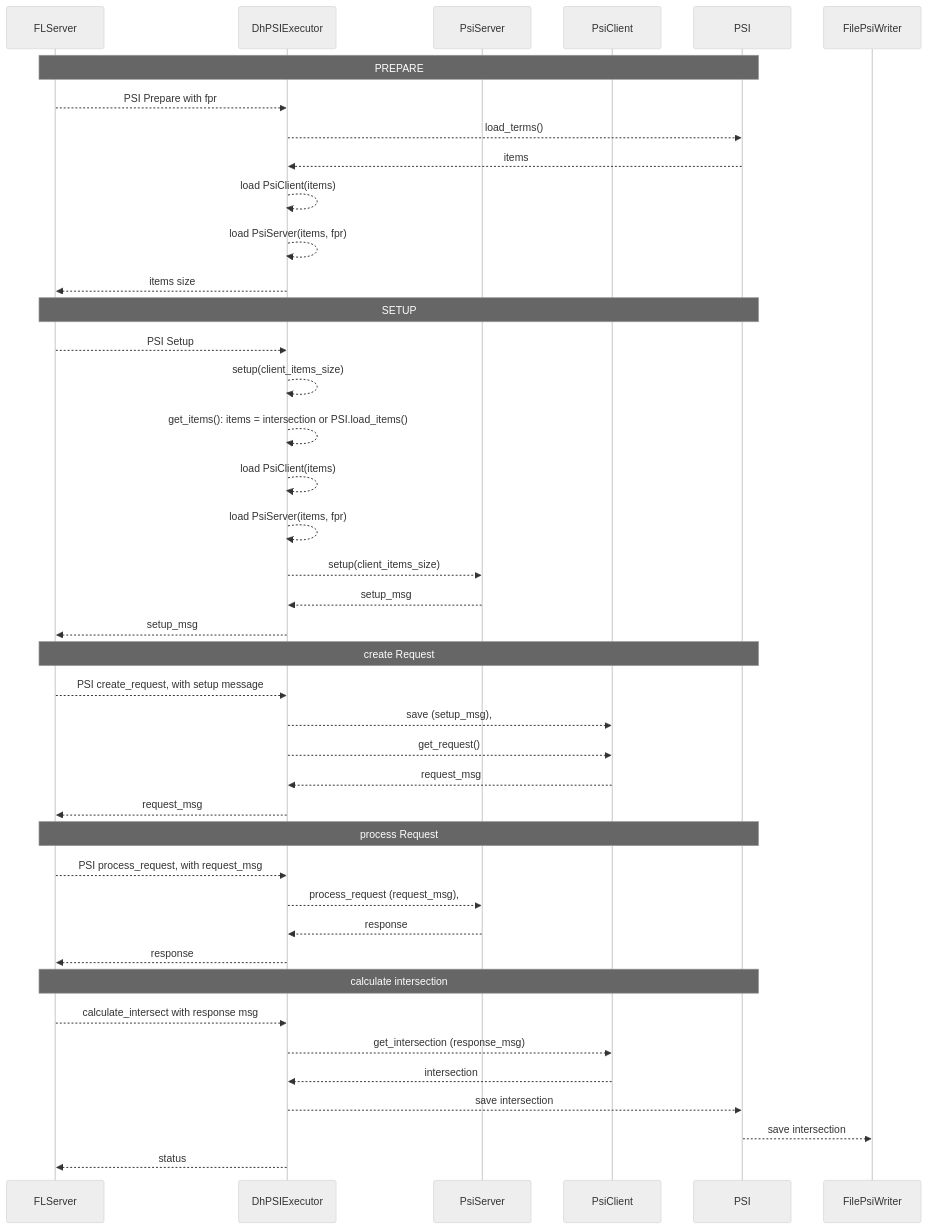
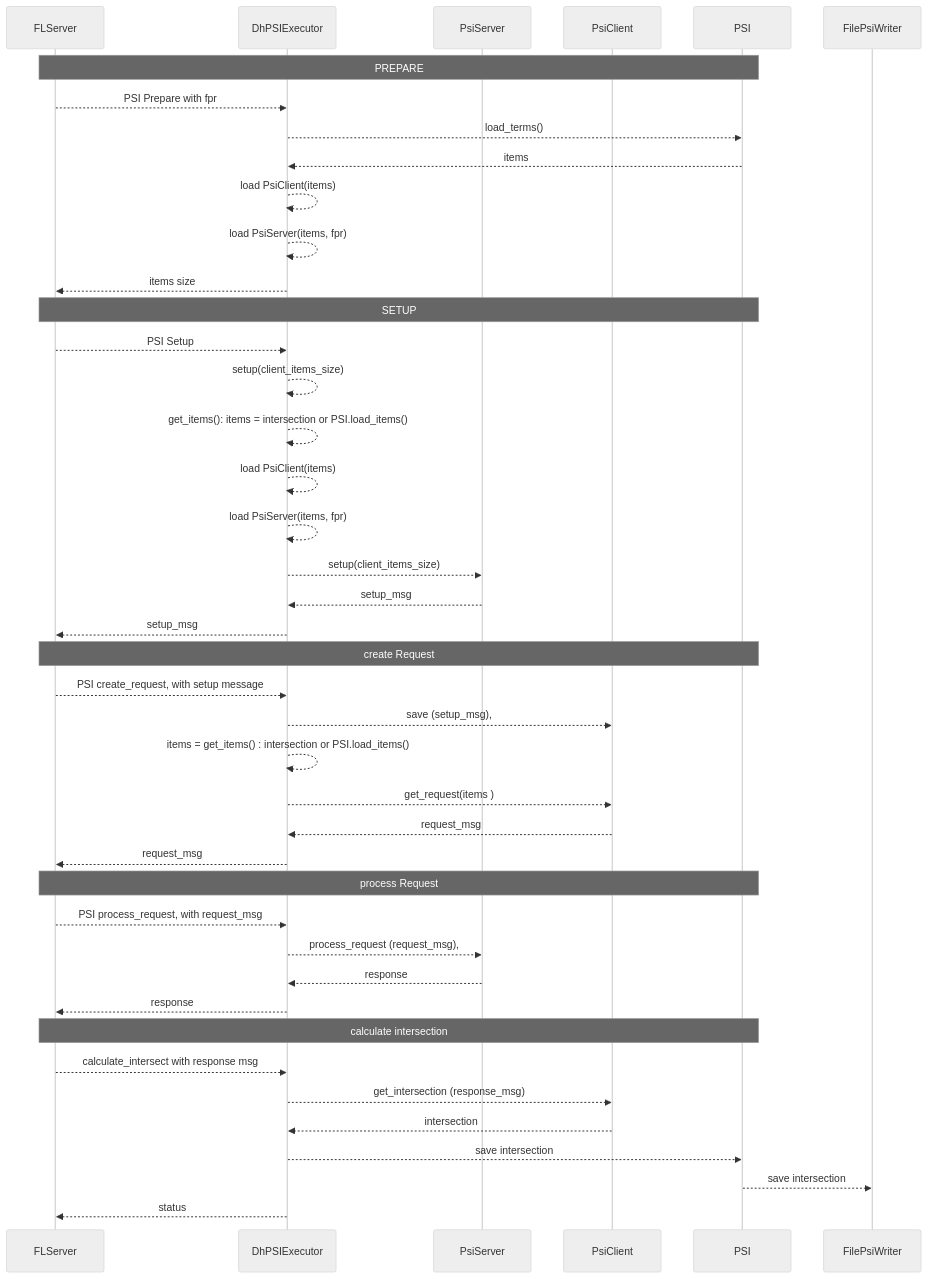
The second of 2 diagrams in nvflare/app_common/psi/README.md (NVIDIA/NVFlare), drawn with Mermaid (neutral theme) before and after one commit.

````diff
--- a/nvflare/app_common/psi/README.md
+++ b/nvflare/app_common/psi/README.md
@@ -70,51 +70,52 @@
 ```mermaid
  
 sequenceDiagram
 
     participant FLServer
     participant DhPSIExecutor
     participant PsiServer
     participant PsiClient
     participant PSI
     participant FilePsiWriter
     
     Note over FLServer, PSI : PREPARE 
     FLServer -->> DhPSIExecutor : PSI Prepare with fpr
     DhPSIExecutor -->> PSI : load_terms()
     PSI -->> DhPSIExecutor: items
     DhPSIExecutor -->> DhPSIExecutor: load PsiClient(items)
     DhPSIExecutor -->> DhPSIExecutor: load PsiServer(items, fpr)
     DhPSIExecutor -->> FLServer : items size
     
     Note over FLServer, PSI : SETUP
     FLServer -->> DhPSIExecutor : PSI Setup
     DhPSIExecutor -->> DhPSIExecutor: setup(client_items_size)
     DhPSIExecutor -->> DhPSIExecutor : get_items(): items = intersection or PSI.load_items() 
     DhPSIExecutor -->> DhPSIExecutor: load PsiClient(items)
     DhPSIExecutor -->> DhPSIExecutor: load PsiServer(items, fpr)
     DhPSIExecutor -->> PsiServer: setup(client_items_size)
     PsiServer -->> DhPSIExecutor: setup_msg
     DhPSIExecutor -->> FLServer: setup_msg
     
     Note over FLServer, PSI : create Request
     FLServer -->> DhPSIExecutor : PSI create_request, with setup message
     DhPSIExecutor -->> PsiClient: save (setup_msg), 
-    DhPSIExecutor -->> PsiClient : get_request()
+    DhPSIExecutor -->> DhPSIExecutor : items = get_items() : intersection or PSI.load_items()
+    DhPSIExecutor -->> PsiClient : get_request(items )
     PsiClient -->> DhPSIExecutor : request_msg
     DhPSIExecutor -->> FLServer:request_msg
  
     Note over FLServer, PSI : process Request
     FLServer -->> DhPSIExecutor : PSI process_request, with request_msg
     DhPSIExecutor -->> PsiServer: process_request (request_msg), 
     PsiServer -->> DhPSIExecutor : response
     DhPSIExecutor -->> FLServer : response
  
     Note over FLServer, PSI : calculate intersection
     FLServer -->> DhPSIExecutor : calculate_intersect with response msg
     DhPSIExecutor -->> PsiClient: get_intersection (response_msg) 
     PsiClient -->> DhPSIExecutor : intersection
     DhPSIExecutor -->> PSI : save intersection
     PSI -->> FilePsiWriter : save intersection
     DhPSIExecutor -->> FLServer : status
     
 ```
````
